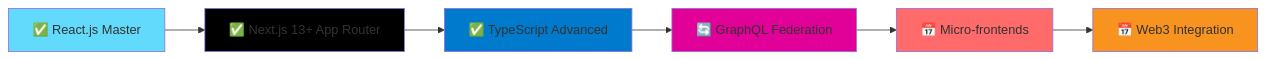
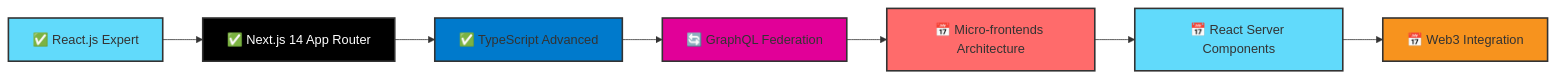
Before and after one commit to maurya-sachin/maurya-sachin: the diagram in README.md, drawn with Mermaid. The commit also changed other lines of this file, not shown here.

````diff
--- a/README.md
+++ b/README.md
@@ -324,15 +778,17 @@
 ```mermaid
 graph LR
-    A[✅ React.js Master] --> B[✅ Next.js 13+ App Router]
+    A[✅ React.js Expert] --> B[✅ Next.js 14 App Router]
     B --> C[✅ TypeScript Advanced]
     C --> D[🔄 GraphQL Federation]
-    D --> E[📅 Micro-frontends]
-    E --> F[📅 Web3 Integration]
+    D --> E[📅 Micro-frontends Architecture]
+    E --> F[📅 React Server Components]
+    F --> G[📅 Web3 Integration]
 
-    style A fill:#61DAFB
-    style B fill:#000000
-    style C fill:#007ACC
-    style D fill:#E10098
-    style E fill:#FF6B6B
-    style F fill:#F7931E
+    style A fill:#61DAFB,stroke:#333,stroke-width:2px
+    style B fill:#000000,stroke:#333,stroke-width:2px,color:#ffffff
+    style C fill:#007ACC,stroke:#333,stroke-width:2px
+    style D fill:#E10098,stroke:#333,stroke-width:2px
+    style E fill:#FF6B6B,stroke:#333,stroke-width:2px
+    style F fill:#61DAFB,stroke:#333,stroke-width:2px
+    style G fill:#F7931E,stroke:#333,stroke-width:2px
 ```
````
